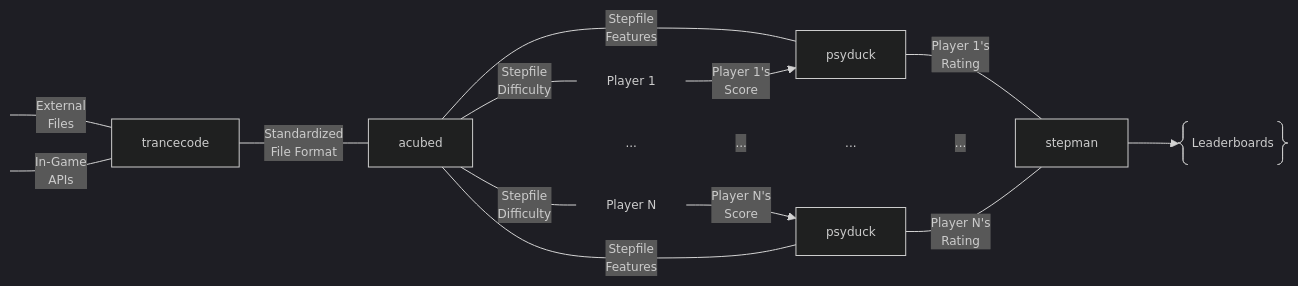
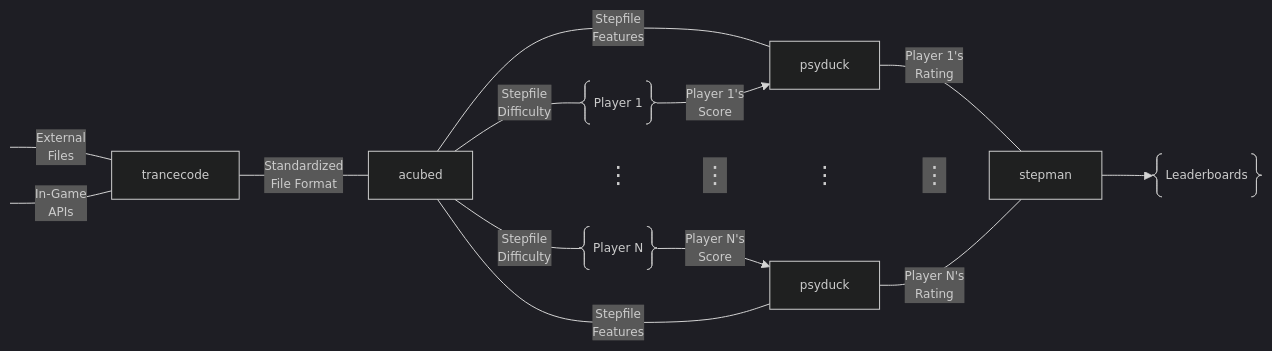
Before and after one commit to stepmanai/.github: the diagram in profile/README.md, drawn with Mermaid.

````diff
--- a/profile/README.md
+++ b/profile/README.md
@@ -63,55 +63,58 @@
 ```mermaid
 %%{
   init: {
     'theme': 'dark',
     'themeVariables': {
       'fontFamily': 'courier',
-      'fontSize': '12px'
+      'fontSize': '12px',
+      'secondaryColor': '#006100'
     }
   }
 }%%
 
 flowchart LR
 
 A1[ ]---|"External
 Files"|B@{label: "trancecode" };
 A4[ ]---|"In-Game
 APIs"|B;
 B ---|Standardized
 File Format| C@{ label: "acubed" };
 C---|"Stepfile
 Features"|D1@{ label: "psyduck" };
 C---|"Stepfile
-Difficulty"|F@{ label: "Player 1" };
+Difficulty"|F@{ shape: braces, label: "Player 1" };
 F -->|Player 1's
 Score|D1;
 D1 ---|Player 1's
 Rating| D@{ label: "stepman" };
 D --> G@{shape: braces, label: "Leaderboards"};
 
-C ~~~ F3["..."] ~~~ |...| D3["..."] ~~~ |...| D@{ label: "stepman" };
+C ~~~ F3@{ label: "⋮" } ~~~ |⋮| D3["⋮"] ~~~ |⋮| D@{ label: "stepman" };
 
 C---|"Stepfile
-Difficulty"|F2@{ label: "Player N" };
+Difficulty"|F2@{ shape: braces, label: "Player N" };
 F2 -->|Player N's
 Score|D2;
 C---|"Stepfile
 Features"|D2@{ label: "psyduck" };
 D2 ---|Player N's
 Rating| D@{ label: "stepman" };
 
 
 click B "https://github.com/stepmanai/trancecode";
 click C "https://github.com/stepmanai/acubed";
 click D1 "https://github.com/stepmanai/psyduck";
 click D2 "https://github.com/stepmanai/psyduck";
 click D "https://github.com/stepmanai/stepman";
 style A1 height:0px;
 style A4 height:0px;
 style D3 height:0px;
 style F3 height:0px;
-style F height:0px;
-style F2 height:0px;
-
+classDef test font-size:24px
+class F3 test
+class D3 test
+linkStyle 9 font-size:24px
+linkStyle 10 font-size:24px
 
 ``` 
````
